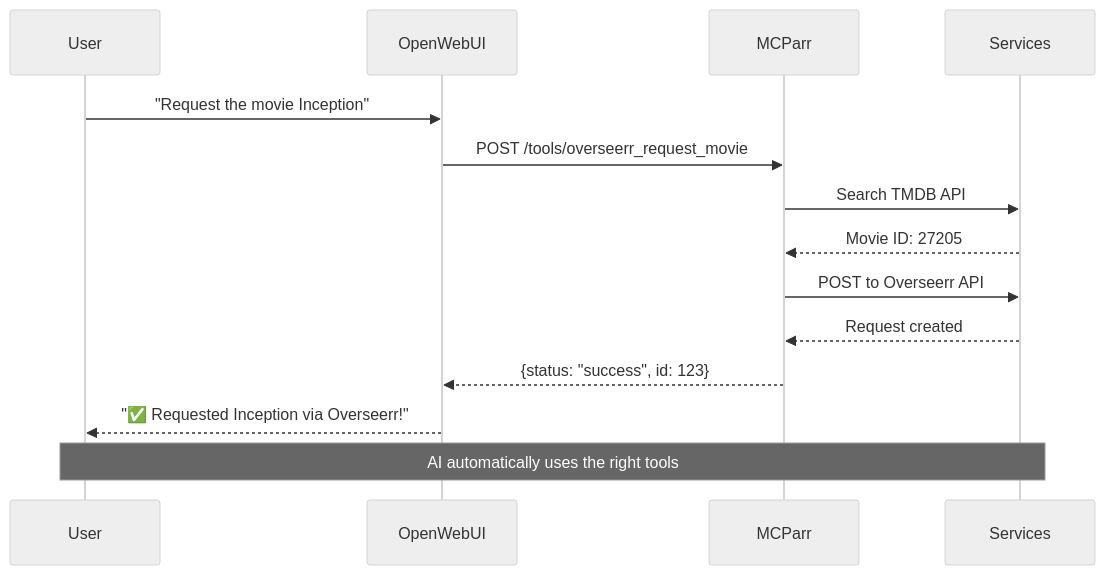
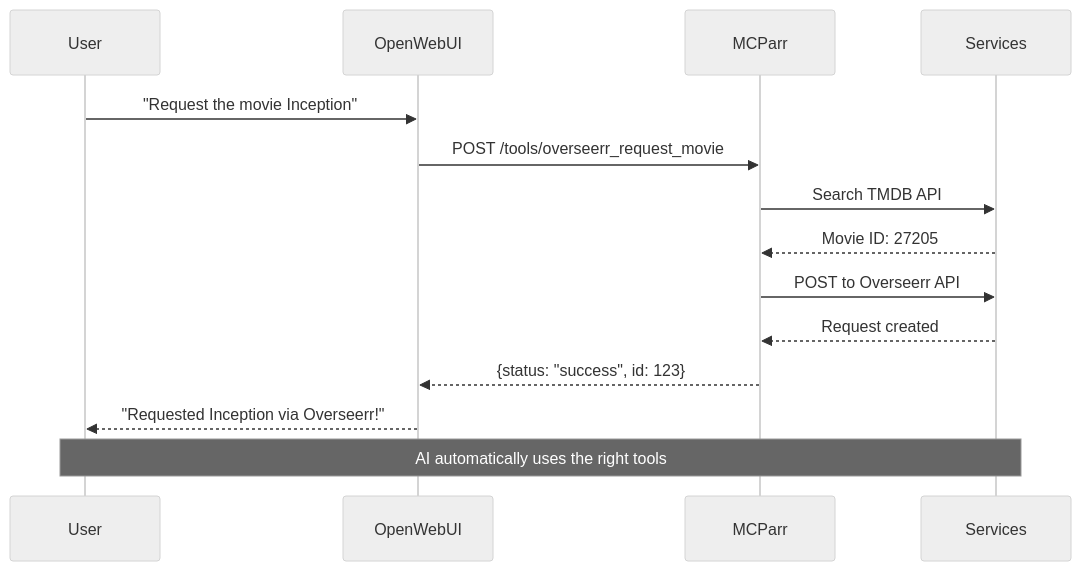
One commit to sharkhunterr/mcparr changed the second of 2 diagrams in README.md. Above: the diagram before and after it, drawn with Mermaid (neutral theme). The commit also changed other lines of this file, not shown here.

````diff
--- a/README.md
+++ b/README.md
@@ -302,18 +329,18 @@
 ```mermaid
 sequenceDiagram
     participant User
     participant OpenWebUI
     participant MCParr
     participant Services
 
     User->>OpenWebUI: "Request the movie Inception"
     OpenWebUI->>MCParr: POST /tools/overseerr_request_movie
     MCParr->>Services: Search TMDB API
     Services-->>MCParr: Movie ID: 27205
     MCParr->>Services: POST to Overseerr API
     Services-->>MCParr: Request created
     MCParr-->>OpenWebUI: {status: "success", id: 123}
-    OpenWebUI-->>User: "✅ Requested Inception via Overseerr!"
+    OpenWebUI-->>User: "Requested Inception via Overseerr!"
 
     Note over User,Services: AI automatically uses the right tools
 ```
````
